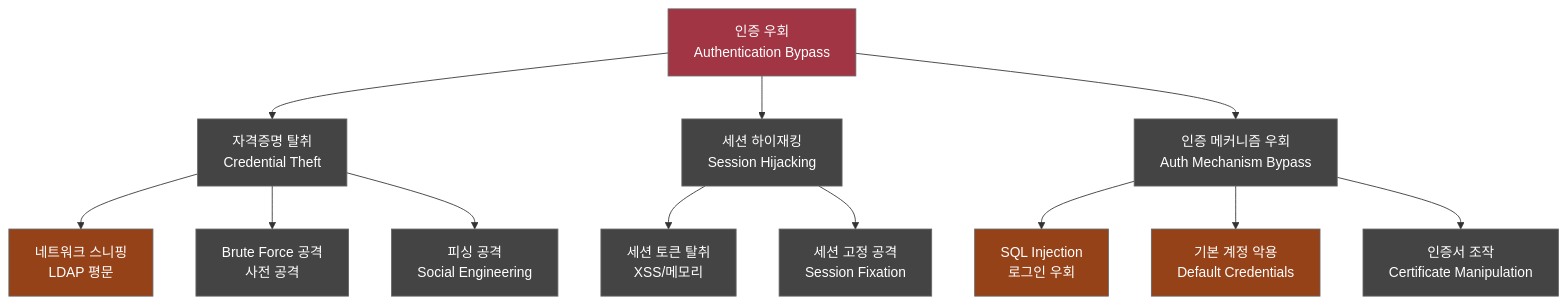
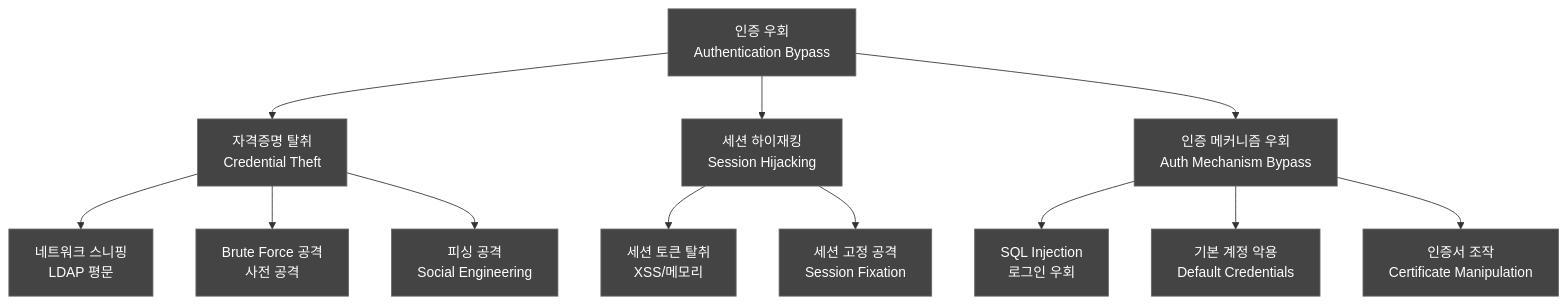
Before and after one commit to holee9/console-gui: the fourth of 7 diagrams in docs/risk/DOC-017_ThreatModel_v1.0.md, drawn with Mermaid. The commit also changed other lines of this file and 35 other files, not shown here.

First line of the commit message:
fix: 전체 Mermaid 차트 색상 진한 회색 통일

````diff
--- a/docs/risk/DOC-017_ThreatModel_v1.0.md
+++ b/docs/risk/DOC-017_ThreatModel_v1.0.md
@@ -294,23 +294,23 @@
 ```mermaid
 graph TD
     ROOT[인증 우회<br/>Authentication Bypass] --> A1[자격증명 탈취<br/>Credential Theft]
     ROOT --> A2[세션 하이재킹<br/>Session Hijacking]
     ROOT --> A3[인증 메커니즘 우회<br/>Auth Mechanism Bypass]
     
     A1 --> B1[네트워크 스니핑<br/>LDAP 평문]
     A1 --> B2[Brute Force 공격<br/>사전 공격]
     A1 --> B3[피싱 공격<br/>Social Engineering]
     
     A2 --> C1[세션 토큰 탈취<br/>XSS/메모리]
     A2 --> C2[세션 고정 공격<br/>Session Fixation]
     
     A3 --> D1[SQL Injection<br/>로그인 우회]
     A3 --> D2[기본 계정 악용<br/>Default Credentials]
     A3 --> D3[인증서 조작<br/>Certificate Manipulation]
     
     classDef default fill:#444,stroke:#666,color:#fff
-    style ROOT fill:#A13544,color:#fff
-    style B1 fill:#964219,color:#fff
-    style D1 fill:#964219,color:#fff
-    style D2 fill:#964219,color:#fff
+    style ROOT fill:#444,color:#fff
+    style B1 fill:#444,color:#fff
+    style D1 fill:#444,color:#fff
+    style D2 fill:#444,color:#fff
 ```
````
